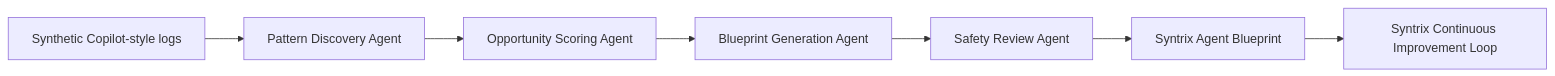
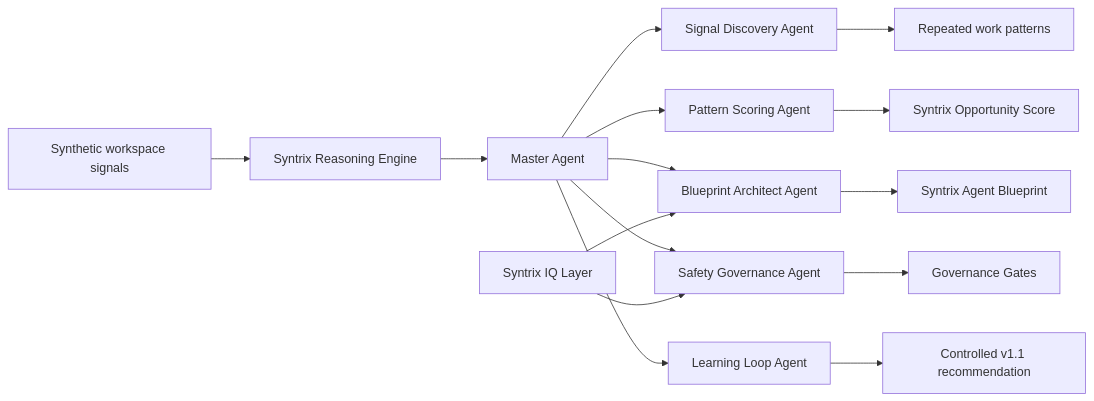
Before and after one commit to MDVS17/ReasoningAgent: the diagram in README.md, drawn with Mermaid. The commit also changed other lines of this file and 7 other files, not shown here.

````diff
--- a/README.md
+++ b/README.md
@@ -39,9 +41,17 @@
 ```mermaid
 flowchart LR
-    A[Synthetic Copilot-style logs] --> B[Pattern Discovery Agent]
-    B --> C[Opportunity Scoring Agent]
-    C --> D[Blueprint Generation Agent]
-    D --> E[Safety Review Agent]
-    E --> F[Syntrix Agent Blueprint]
-    F --> G[Syntrix Continuous Improvement Loop]
+    A[Synthetic workspace signals] --> B[Syntrix Reasoning Engine]
+    B --> C[Master Agent]
+    C --> D[Signal Discovery Agent]
+    C --> E[Pattern Scoring Agent]
+    C --> F[Blueprint Architect Agent]
+    C --> G[Safety Governance Agent]
+    C --> H[Learning Loop Agent]
+    D --> I[Repeated work patterns]
+    E --> J[Syntrix Opportunity Score]
+    F --> K[Syntrix Agent Blueprint]
+    G --> L[Governance Gates]
+    H --> M[Controlled v1.1 recommendation]
+    N[Syntrix IQ Layer] --> F
+    N --> G
 ```
````
